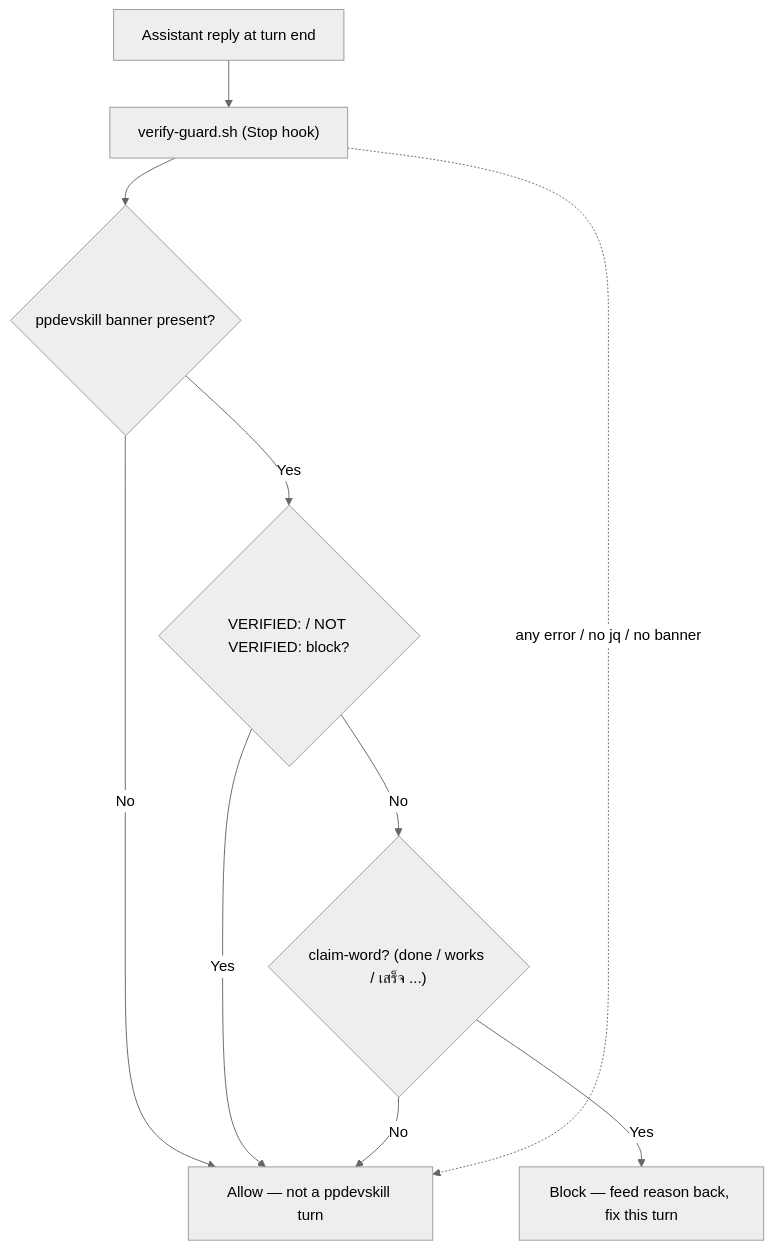
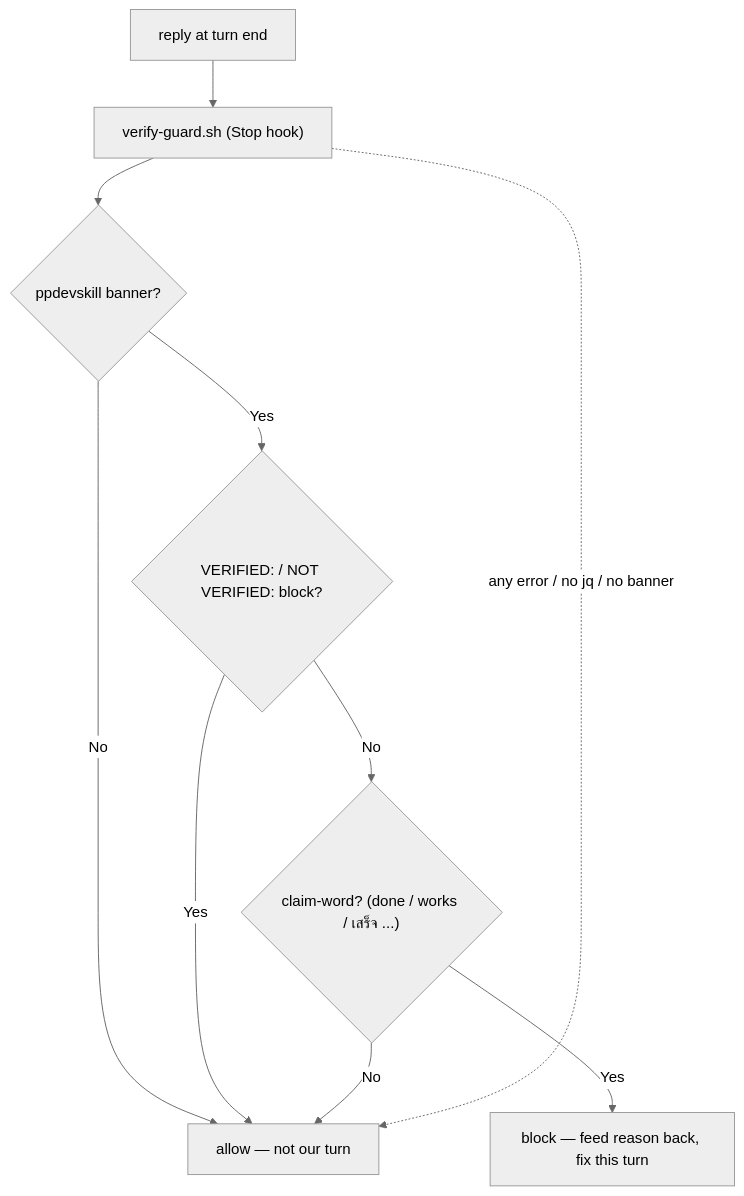
One commit to Kamisadev/ppdevskill changed the second of 2 diagrams in README.md. Above: the diagram before and after it, drawn with Mermaid (neutral theme). The commit also changed other lines of this file and 1 other file, not shown here.

````diff
--- a/README.md
+++ b/README.md
@@ -92,12 +62,12 @@
 ```mermaid
 flowchart TD
-    R["Assistant reply at turn end"] --> H["verify-guard.sh (Stop hook)"]
-    H --> S{"ppdevskill banner present?"}
-    S -->|No| A["Allow — not a ppdevskill turn"]
+    R["reply at turn end"] --> H["verify-guard.sh (Stop hook)"]
+    H --> S{"ppdevskill banner?"}
+    S -->|No| A["allow — not our turn"]
     S -->|Yes| V{"VERIFIED: / NOT VERIFIED: block?"}
     V -->|Yes| A
     V -->|No| C{"claim-word? (done / works / เสร็จ ...)"}
     C -->|No| A
-    C -->|Yes| BL["Block — feed reason back, fix this turn"]
+    C -->|Yes| BL["block — feed reason back, fix this turn"]
     H -.->|"any error / no jq / no banner"| A
 ```
````
